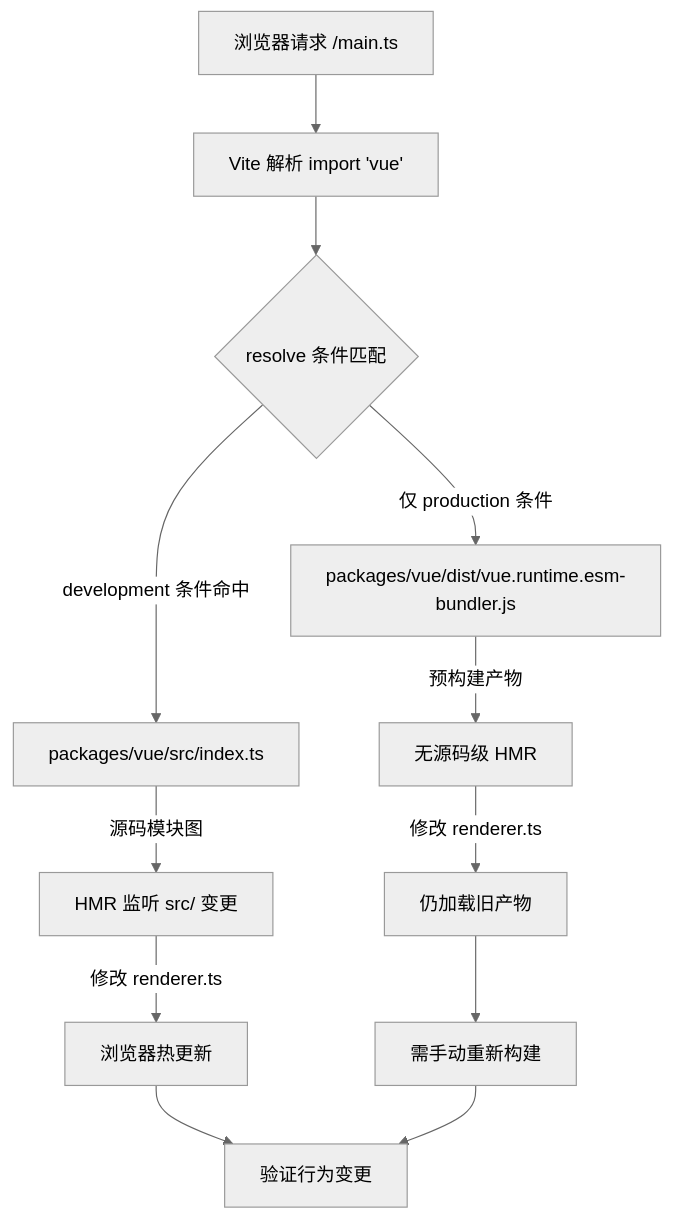
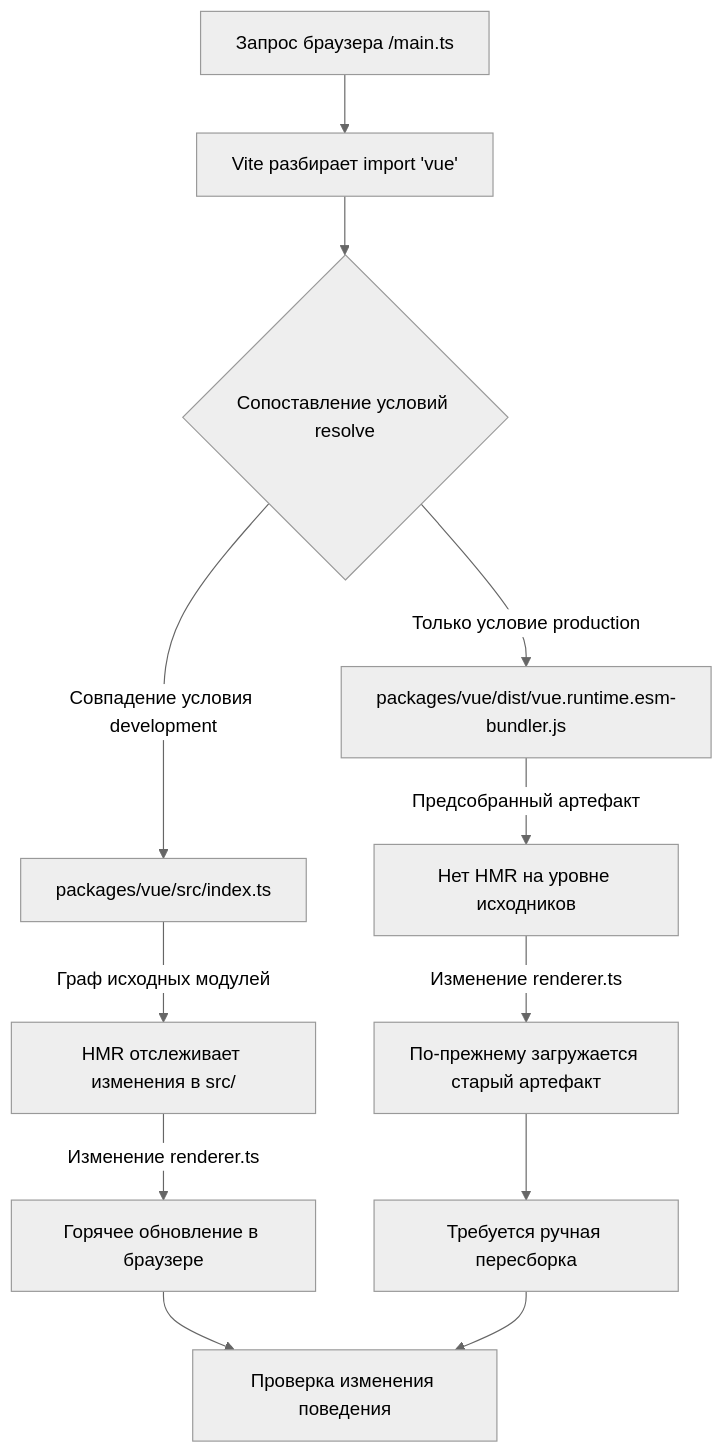
The second of 2 diagrams in books/vue3/ru/12-tooling-and-playground.md (maleRjc/AiReadCodeBooks), drawn with Mermaid (neutral theme) before and after one commit. The commit also changed other lines of this file and 74 other files, not shown here.

````diff
--- a/books/vue3/ru/12-tooling-and-playground.md
+++ b/books/vue3/ru/12-tooling-and-playground.md
@@ -155,14 +155,14 @@
 ```mermaid
 flowchart TD
-    req["浏览器请求 /main.ts"] --> parse["Vite 解析 import 'vue'"]
-    parse --> resolve{"resolve 条件匹配"}
-    resolve -->|"development 条件命中"| src_entry["packages/vue/src/index.ts"]
-    resolve -->|"仅 production 条件"| dist_entry["packages/vue/dist/vue.runtime.esm-bundler.js"]
-    src_entry -->|"源码模块图"| hmr["HMR 监听 src/ 变更"]
-    dist_entry -->|"预构建产物"| no_hmr["无源码级 HMR"]
-    hmr -->|"修改 renderer.ts"| reload["浏览器热更新"]
-    no_hmr -->|"修改 renderer.ts"| stale["仍加载旧产物"]
-    reload --> verify["验证行为变更"]
-    stale --> rebuild["需手动重新构建"]
+    req["Запрос браузера /main.ts"] --> parse["Vite разбирает import 'vue'"]
+    parse --> resolve{"Сопоставление условий resolve"}
+    resolve -->|"Совпадение условия development"| src_entry["packages/vue/src/index.ts"]
+    resolve -->|"Только условие production"| dist_entry["packages/vue/dist/vue.runtime.esm-bundler.js"]
+    src_entry -->|"Граф исходных модулей"| hmr["HMR отслеживает изменения в src/"]
+    dist_entry -->|"Предсобранный артефакт"| no_hmr["Нет HMR на уровне исходников"]
+    hmr -->|"Изменение renderer.ts"| reload["Горячее обновление в браузере"]
+    no_hmr -->|"Изменение renderer.ts"| stale["По-прежнему загружается старый артефакт"]
+    reload --> verify["Проверка изменения поведения"]
+    stale --> rebuild["Требуется ручная пересборка"]
     rebuild --> verify
 ```
````
